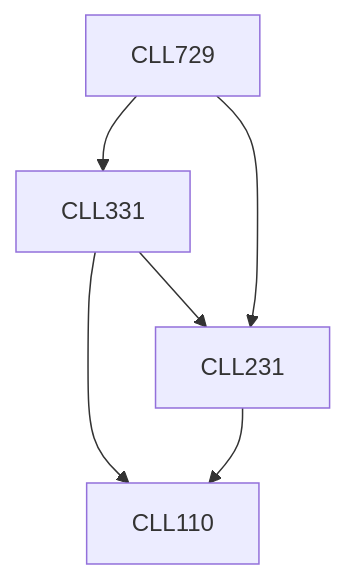
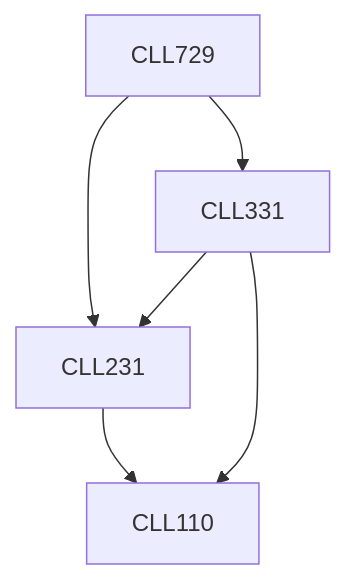
One commit to KeshavBansal0122/CoS_Website changed the diagram in content/Chemical Engineering/CLL729.md. Above: the diagram before and after it, drawn with Mermaid. The commit also changed other lines of this file and 392 other files, not shown here.

````diff
--- a/content/Chemical Engineering/CLL729.md
+++ b/content/Chemical Engineering/CLL729.md
@@ -13,12 +13,12 @@
 ```mermaid
 flowchart TD
 CLL729-133[CLL729]
+CLL729-133 --> CLL231-133[CLL231]
+CLL331-133 --> CLL231-133[CLL231]
+CLL331-133 --> CLL110-133[CLL110]
 CLL729-133 --> CLL331-133[CLL331]
-CLL729-133 --> CLL231-133[CLL231]
-CLL331-133 --> CLL110-133[CLL110]
-CLL331-133 --> CLL231-133[CLL231]
 CLL231-133 --> CLL110-133[CLL110]
 
 classDef empty height:17px, fill:transparent, stroke:transparent;
 classDef trueEmpty height:0px, width:0px;
 ```
````
